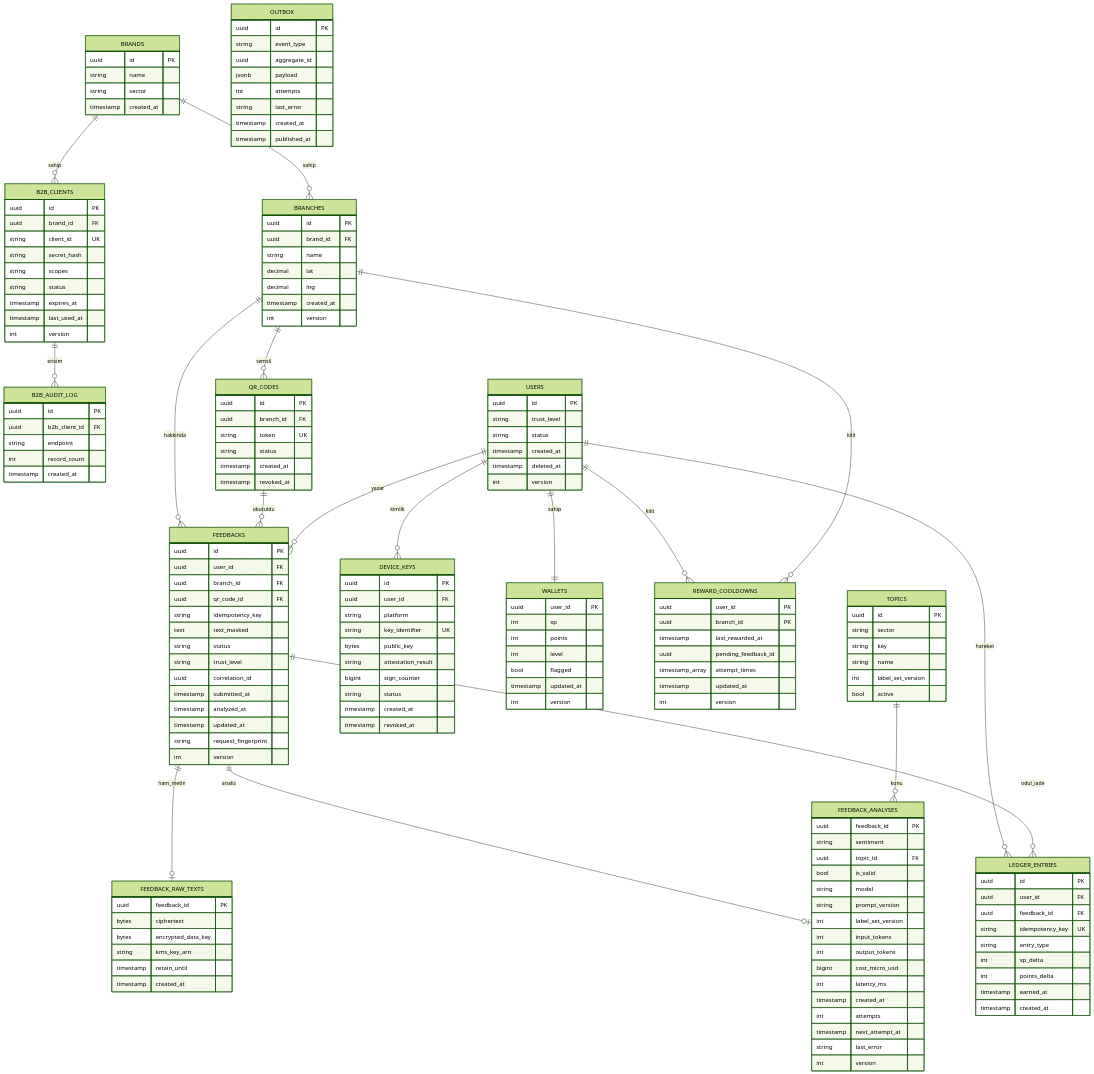
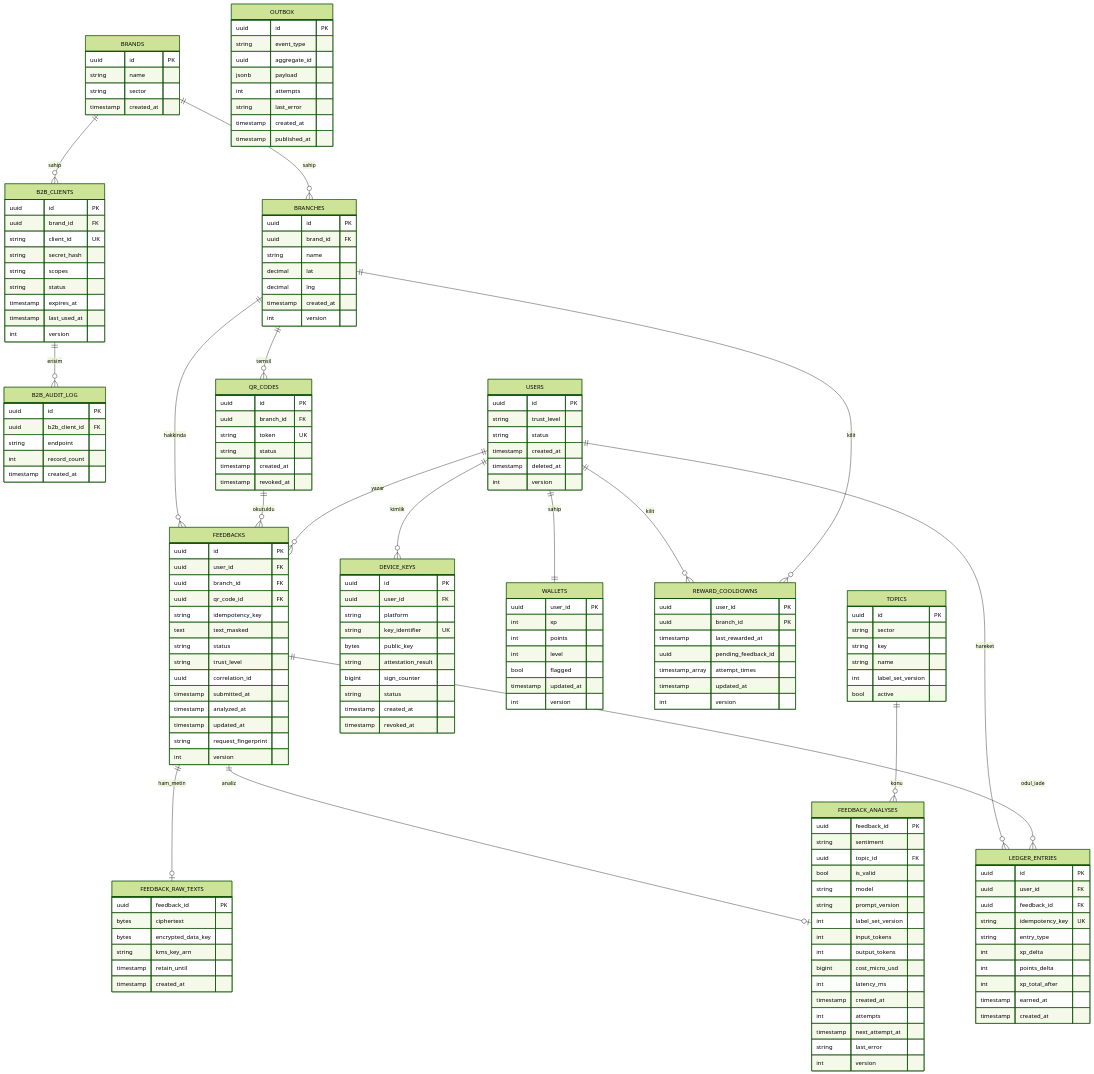
Before and after one commit to dev-murchi/gemified-feedback-loyalty-project-demo: the second of 3 diagrams in docs/02-yazilim-tasarim-dokumani-SDD.md, drawn with Mermaid (forest theme). The commit also changed other lines of this file and 7 other files, not shown here.

Commit message:
docs: plan S0-06 before S0-05 (event contracts, ledger xp_total_after, routing, access-key rule)

```diff
--- a/docs/02-yazilim-tasarim-dokumani-SDD.md
+++ b/docs/02-yazilim-tasarim-dokumani-SDD.md
@@ -245,6 +245,7 @@
     string entry_type
     int xp_delta
     int points_delta
+    int xp_total_after
     timestamp earned_at
     timestamp created_at
   }
```
